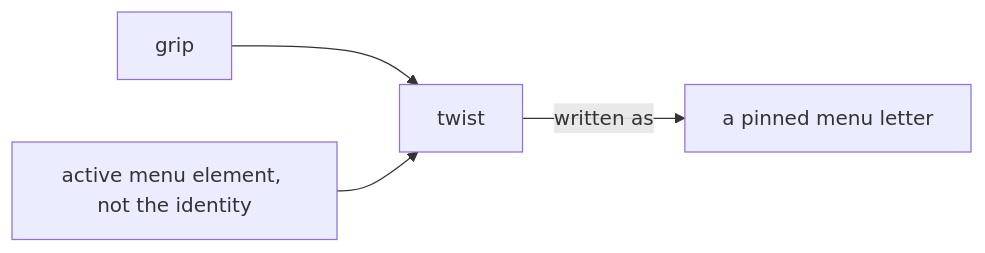
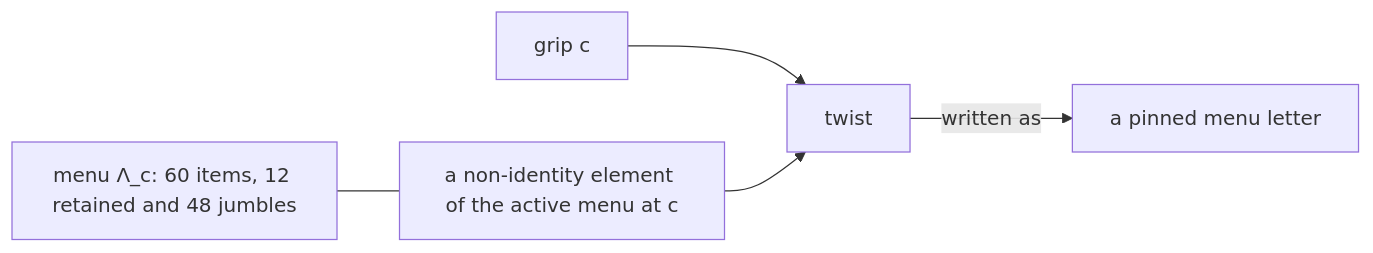
One commit to KonomiYuzu01/Magic-600-Cell changed the diagram in docs/progress/1.0/glossary/diagrams/twist-jumbling.mmd. Above: the diagram before and after it, drawn with Mermaid. The commit also changed 40 other files, not shown here.

```diff
--- a/docs/progress/1.0/glossary/diagrams/twist-jumbling.mmd
+++ b/docs/progress/1.0/glossary/diagrams/twist-jumbling.mmd
@@ -1,4 +1,5 @@
 flowchart LR
-  G[grip] --> T[twist]
-  M[active menu element, not the identity] --> T
+  G[grip c] --> T[twist]
+  M[a non-identity element of the active menu at c] --> T
   T -->|written as| L[a pinned menu letter]
+  A["menu Λ_c: 60 items, 12 retained and 48 jumbles"] --- M
```
